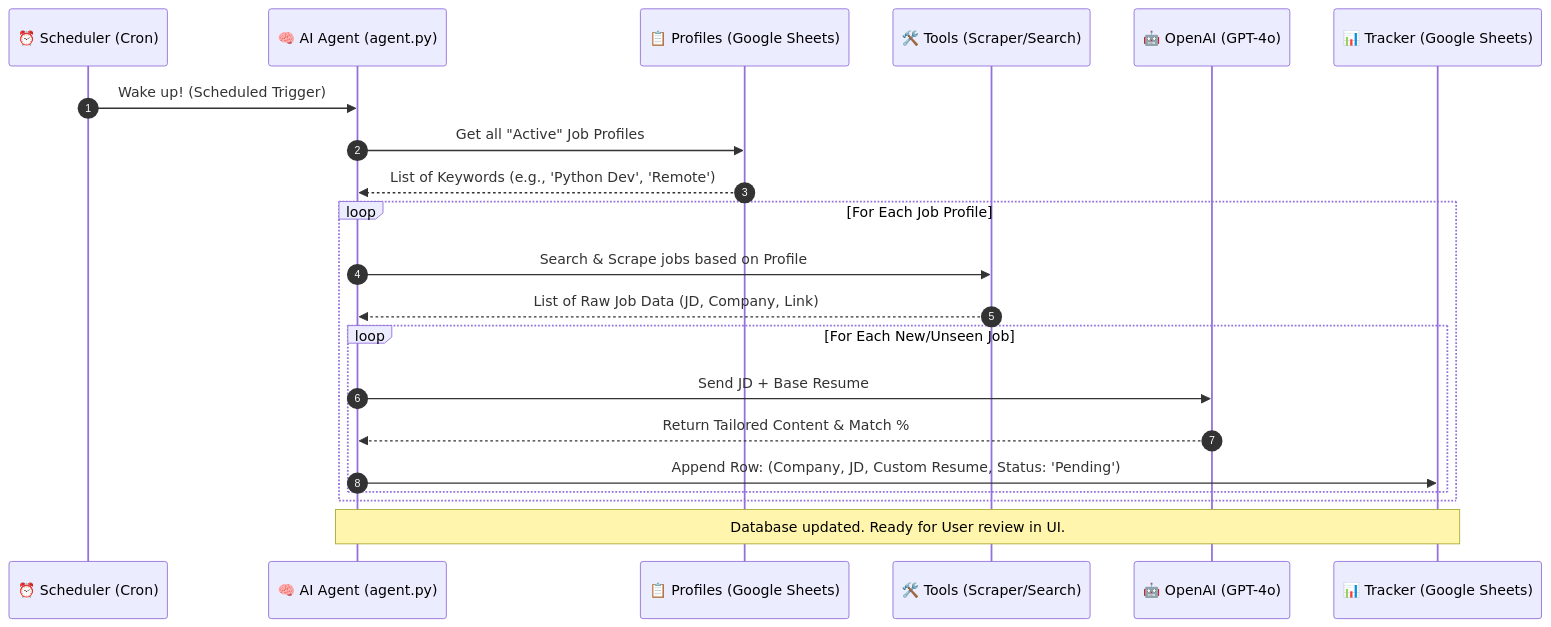
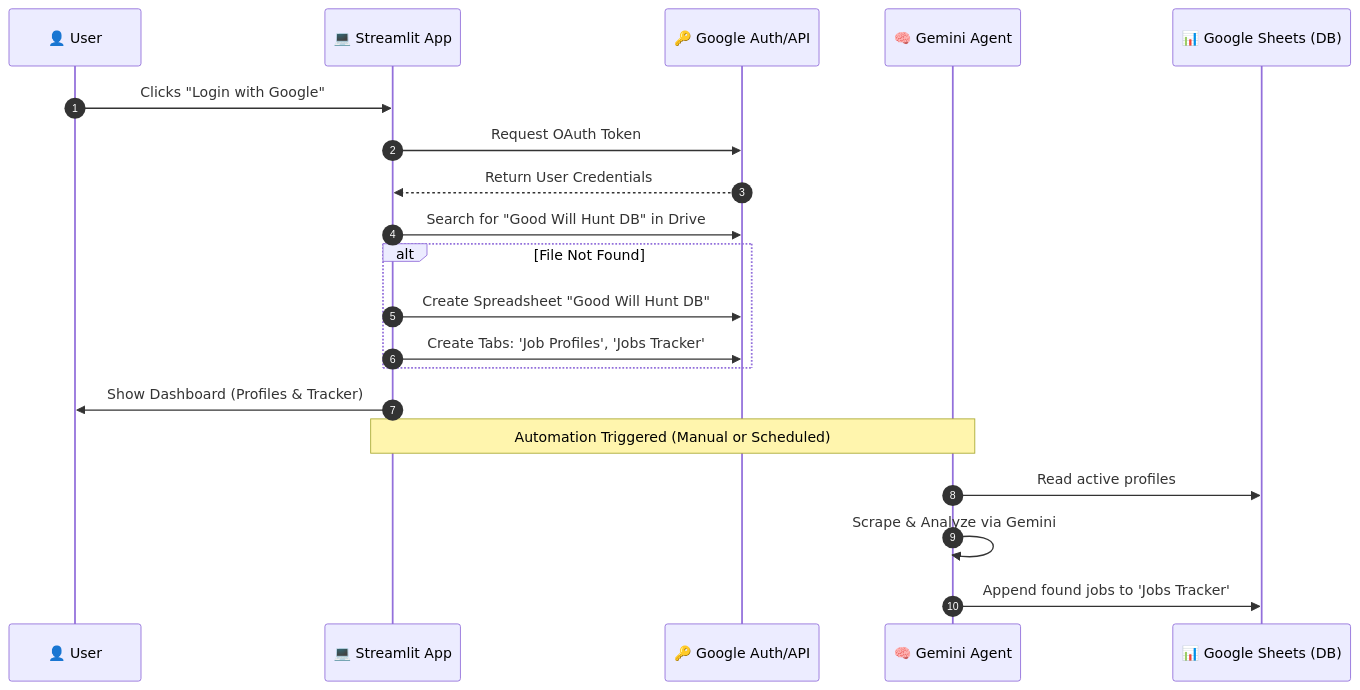
One commit to hzhang23/good-will-hunt changed the second of 2 diagrams in DESIGN.md. Above: the diagram before and after it, drawn with Mermaid. The commit also changed other lines of this file and 8 other files, not shown here.

Commit message:
google_manager to connect to user's google doc

````diff
--- a/DESIGN.md
+++ b/DESIGN.md
@@ -52,27 +47,27 @@
 ```mermaid
 sequenceDiagram
     autonumber
-    participant S as ⏰ Scheduler (Cron)
-    participant A as 🧠 AI Agent (agent.py)
-    participant P as 📋 Profiles (Google Sheets)
-    participant T as 🛠️ Tools (Scraper/Search)
-    participant L as 🤖 OpenAI (GPT-4o)
-    participant J as 📊 Tracker (Google Sheets)
+    participant U as 👤 User
+    participant App as 💻 Streamlit App
+    participant G as 🔑 Google Auth/API
+    participant A as 🧠 Gemini Agent
+    participant S as 📊 Google Sheets (DB)
 
-    S->>A: Wake up! (Scheduled Trigger)
-    A->>P: Get all "Active" Job Profiles
-    P-->>A: List of Keywords (e.g., 'Python Dev', 'Remote')
-
-    loop For Each Job Profile
-        A->>T: Search & Scrape jobs based on Profile
-        T-->>A: List of Raw Job Data (JD, Company, Link)
-        
-        loop For Each New/Unseen Job
-            A->>L: Send JD + Base Resume
-            L-->>A: Return Tailored Content & Match %
-            A->>J: Append Row: (Company, JD, Custom Resume, Status: 'Pending')
-        end
+    U->>App: Clicks "Login with Google"
+    App->>G: Request OAuth Token
+    G-->>App: Return User Credentials
+    
+    App->>G: Search for "Good Will Hunt DB" in Drive
+    alt File Not Found
+        App->>G: Create Spreadsheet "Good Will Hunt DB"
+        App->>G: Create Tabs: 'Job Profiles', 'Jobs Tracker'
     end
-
-    Note over A, J: Database updated. Ready for User review in UI.
+    
+    App->>U: Show Dashboard (Profiles & Tracker)
+    
+    Note over App, A: Automation Triggered (Manual or Scheduled)
+    
+    A->>S: Read active profiles
+    A->>A: Scrape & Analyze via Gemini
+    A->>S: Append found jobs to 'Jobs Tracker'
 ```
````
